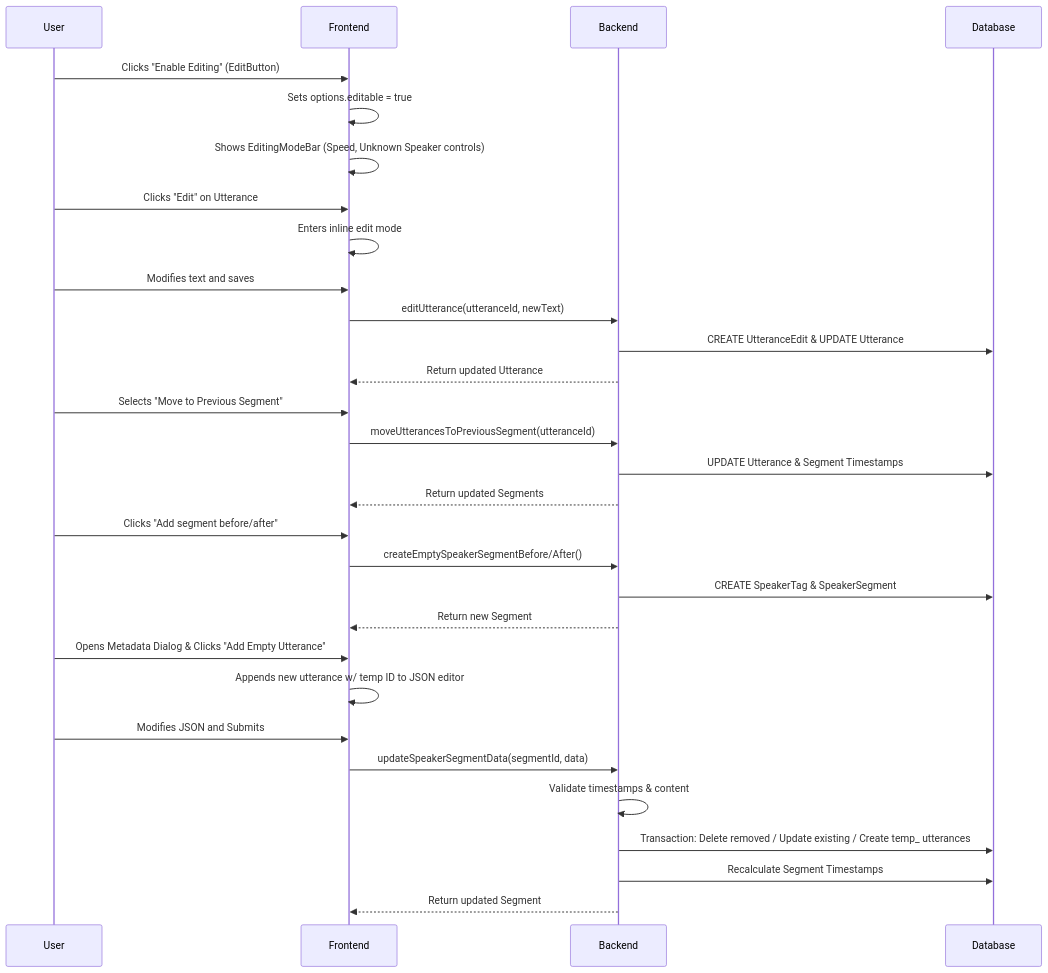
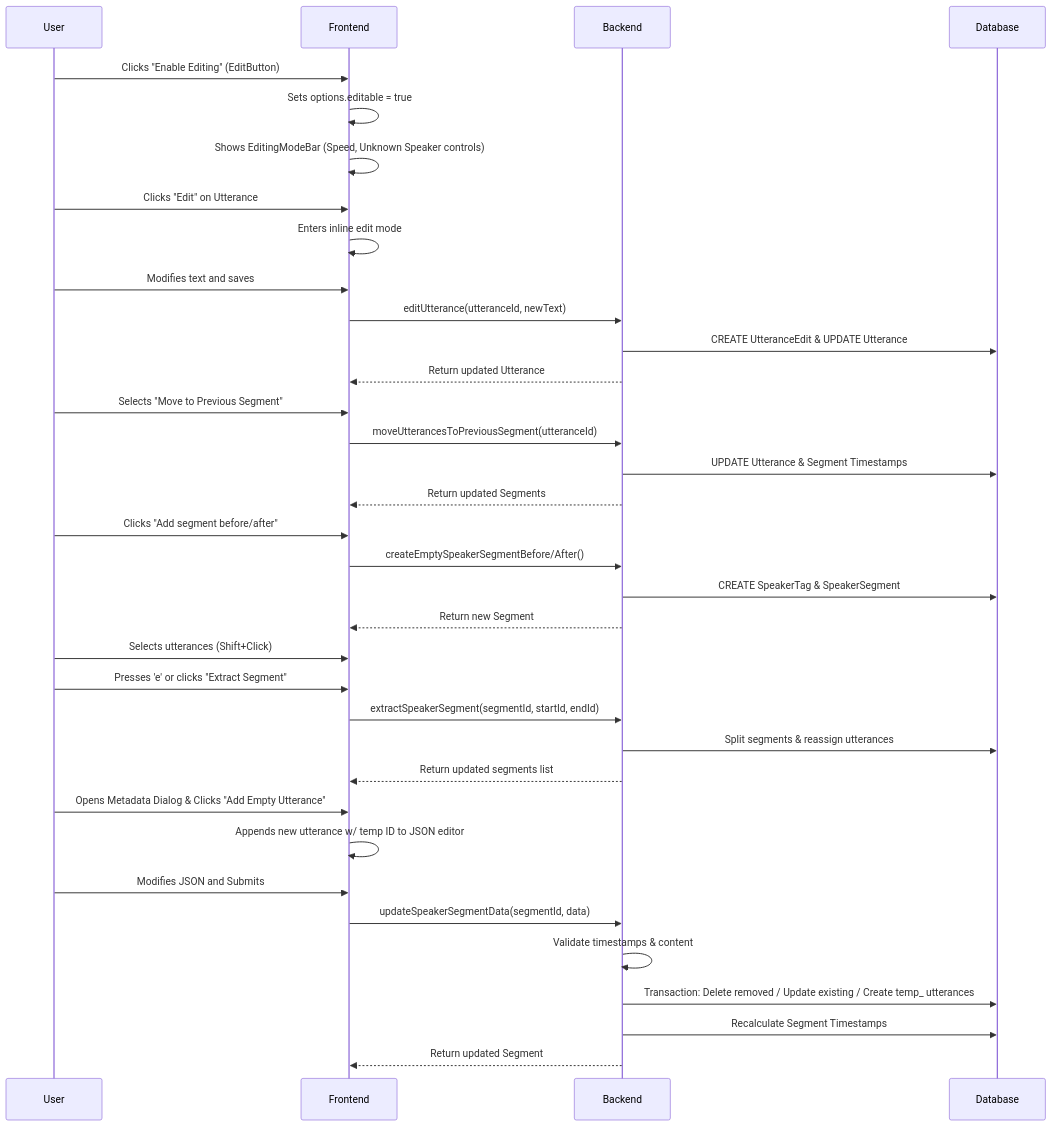
The diagram in docs/guides/editing-interface.md (schemalabz/opencouncil), drawn with Mermaid before and after one commit. The commit also changed other lines of this file and 10 other files, not shown here.

First line of the commit message:
feat(editing-interface): support segment extraction and keyboard shortcuts

````diff
--- a/docs/guides/editing-interface.md
+++ b/docs/guides/editing-interface.md
@@ -46,42 +55,49 @@
 ```mermaid
 sequenceDiagram
     participant User
     participant Frontend
     participant Backend
     participant Database
 
     %% Mode Activation
     User->>Frontend: Clicks "Enable Editing" (EditButton)
     Frontend->>Frontend: Sets options.editable = true
     Frontend->>Frontend: Shows EditingModeBar (Speed, Unknown Speaker controls)
 
     %% Text Editing Flow
     User->>Frontend: Clicks "Edit" on Utterance
     Frontend->>Frontend: Enters inline edit mode
     User->>Frontend: Modifies text and saves
     Frontend->>Backend: editUtterance(utteranceId, newText)
     Backend->>Database: CREATE UtteranceEdit & UPDATE Utterance
     Backend-->>Frontend: Return updated Utterance
 
     %% Structural Editing Flow
     User->>Frontend: Selects "Move to Previous Segment"
     Frontend->>Backend: moveUtterancesToPreviousSegment(utteranceId)
     Backend->>Database: UPDATE Utterance & Segment Timestamps
     Backend-->>Frontend: Return updated Segments
 
     %% Segment Creation Flow
     User->>Frontend: Clicks "Add segment before/after"
     Frontend->>Backend: createEmptySpeakerSegmentBefore/After()
     Backend->>Database: CREATE SpeakerTag & SpeakerSegment
     Backend-->>Frontend: Return new Segment
 
+    %% Extraction Flow
+    User->>Frontend: Selects utterances (Shift+Click)
+    User->>Frontend: Presses 'e' or clicks "Extract Segment"
+    Frontend->>Backend: extractSpeakerSegment(segmentId, startId, endId)
+    Backend->>Database: Split segments & reassign utterances
+    Backend-->>Frontend: Return updated segments list
+
     %% Advanced Segment Editing
     User->>Frontend: Opens Metadata Dialog & Clicks "Add Empty Utterance"
     Frontend->>Frontend: Appends new utterance w/ temp ID to JSON editor
     User->>Frontend: Modifies JSON and Submits
     Frontend->>Backend: updateSpeakerSegmentData(segmentId, data)
     Backend->>Backend: Validate timestamps & content
     Backend->>Database: Transaction: Delete removed / Update existing / Create temp_ utterances
     Backend->>Database: Recalculate Segment Timestamps
     Backend-->>Frontend: Return updated Segment
 ```
````
